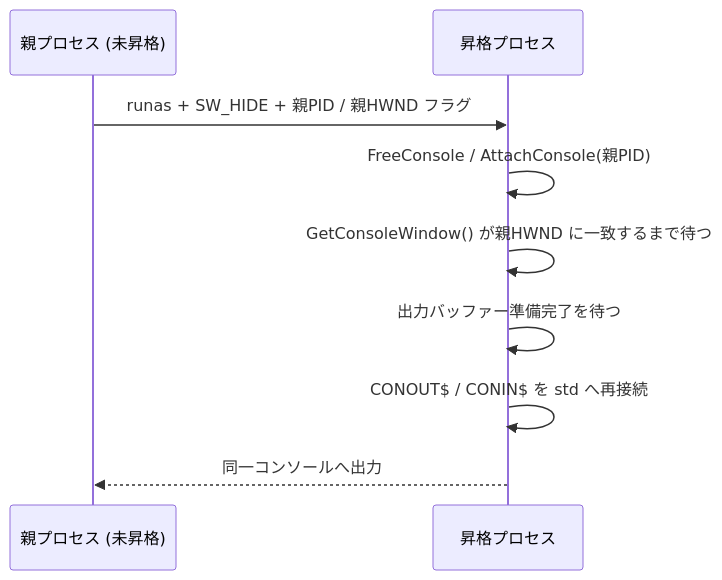
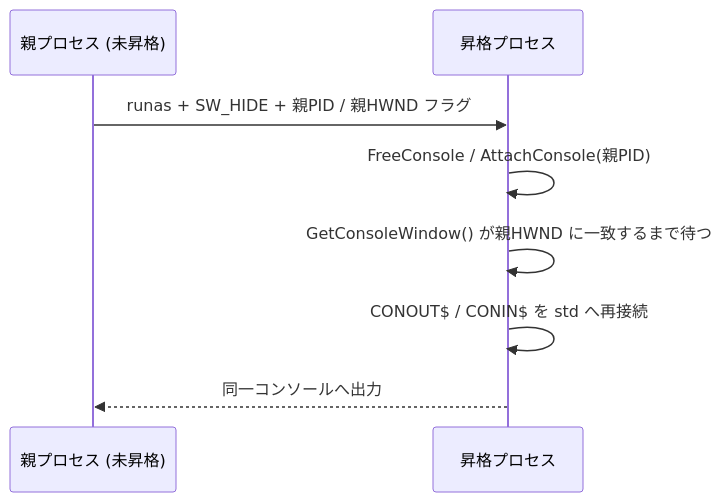
Before and after one commit to Hondarer/app_c-platform: the diagram in prod/libsrc/com_util/console/README.md, drawn with Mermaid. The commit also changed other lines of this file and 12 other files, not shown here.

````diff
--- a/prod/libsrc/com_util/console/README.md
+++ b/prod/libsrc/com_util/console/README.md
@@ -63,11 +63,10 @@
 ```{.mermaid caption="昇格時のコンソール引き継ぎ"}
 sequenceDiagram
     participant P as 親プロセス (未昇格)
     participant C as 昇格プロセス
     P->>C: runas + SW_HIDE + 親PID / 親HWND フラグ
     C->>C: FreeConsole / AttachConsole(親PID)
     C->>C: GetConsoleWindow() が親HWND に一致するまで待つ
-    C->>C: 出力バッファー準備完了を待つ
     C->>C: CONOUT$ / CONIN$ を std へ再接続
     C-->>P: 同一コンソールへ出力
 ```
````
